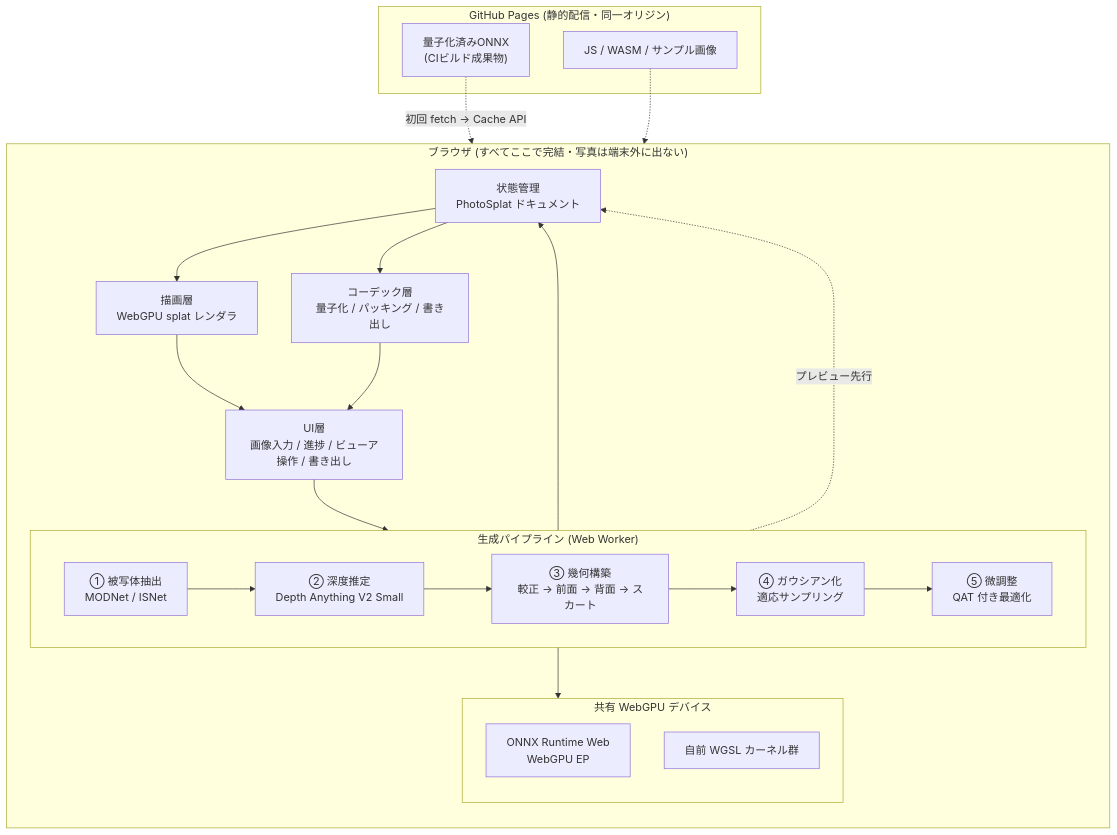
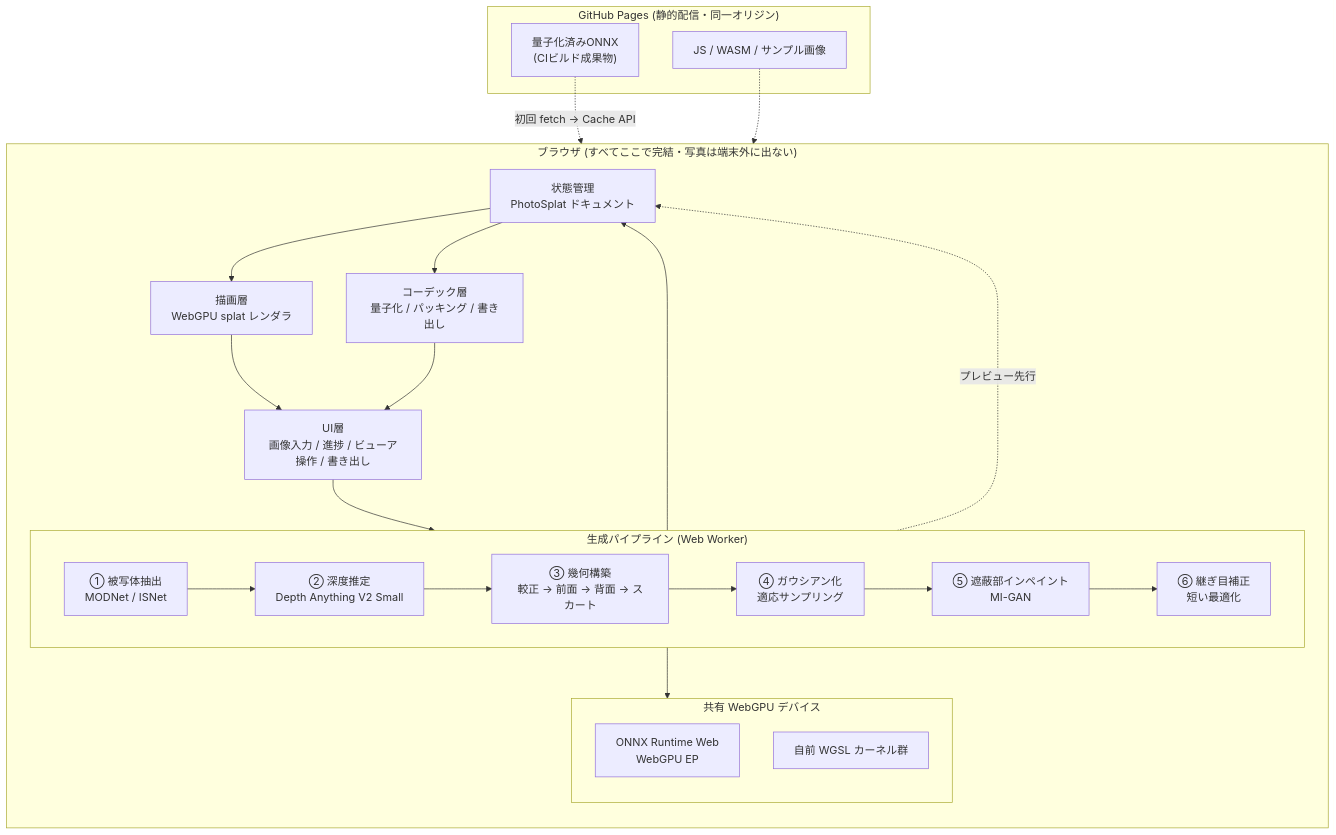
The diagram in docs/02-architecture.md (sakanayuki/cc_create3dgs), drawn with Mermaid before and after one commit. The commit also changed other lines of this file and 9 other files, not shown here.

````diff
--- a/docs/02-architecture.md
+++ b/docs/02-architecture.md
@@ -5,40 +5,41 @@
 ```mermaid
 flowchart TB
     subgraph browser["ブラウザ (すべてここで完結・写真は端末外に出ない)"]
         direction TB
         UI["UI層<br/>画像入力 / 進捗 / ビューア操作 / 書き出し"]
 
         subgraph pipe["生成パイプライン (Web Worker)"]
             direction LR
             SEG["① 被写体抽出<br/>MODNet / ISNet"]
             DEP["② 深度推定<br/>Depth Anything V2 Small"]
             GEO["③ 幾何構築<br/>較正 → 前面 → 背面 → スカート"]
             GAU["④ ガウシアン化<br/>適応サンプリング"]
-            REF["⑤ 微調整<br/>QAT 付き最適化"]
+            INP["⑤ 遮蔽部インペイント<br/>MI-GAN"]
+            REF["⑥ 継ぎ目補正<br/>短い最適化"]
         end
 
         subgraph core["共有 WebGPU デバイス"]
             ORT["ONNX Runtime Web<br/>WebGPU EP"]
             WGSL["自前 WGSL カーネル群"]
         end
 
         CODEC["コーデック層<br/>量子化 / パッキング / 書き出し"]
         REND["描画層<br/>WebGPU splat レンダラ"]
         STORE["状態管理<br/>PhotoSplat ドキュメント"]
     end
 
     subgraph pages["GitHub Pages (静的配信・同一オリジン)"]
         MODELS["量子化済みONNX<br/>(CIビルド成果物)"]
         APP["JS / WASM / サンプル画像"]
     end
 
     UI --> pipe
-    SEG --> DEP --> GEO --> GAU --> REF
+    SEG --> DEP --> GEO --> GAU --> INP --> REF
     pipe --> core
     REF --> STORE
     GAU -.->|プレビュー先行| STORE
     STORE --> REND --> UI
     STORE --> CODEC --> UI
     MODELS -.->|初回 fetch → Cache API| ORT
     APP -.-> browser
 ```
````
